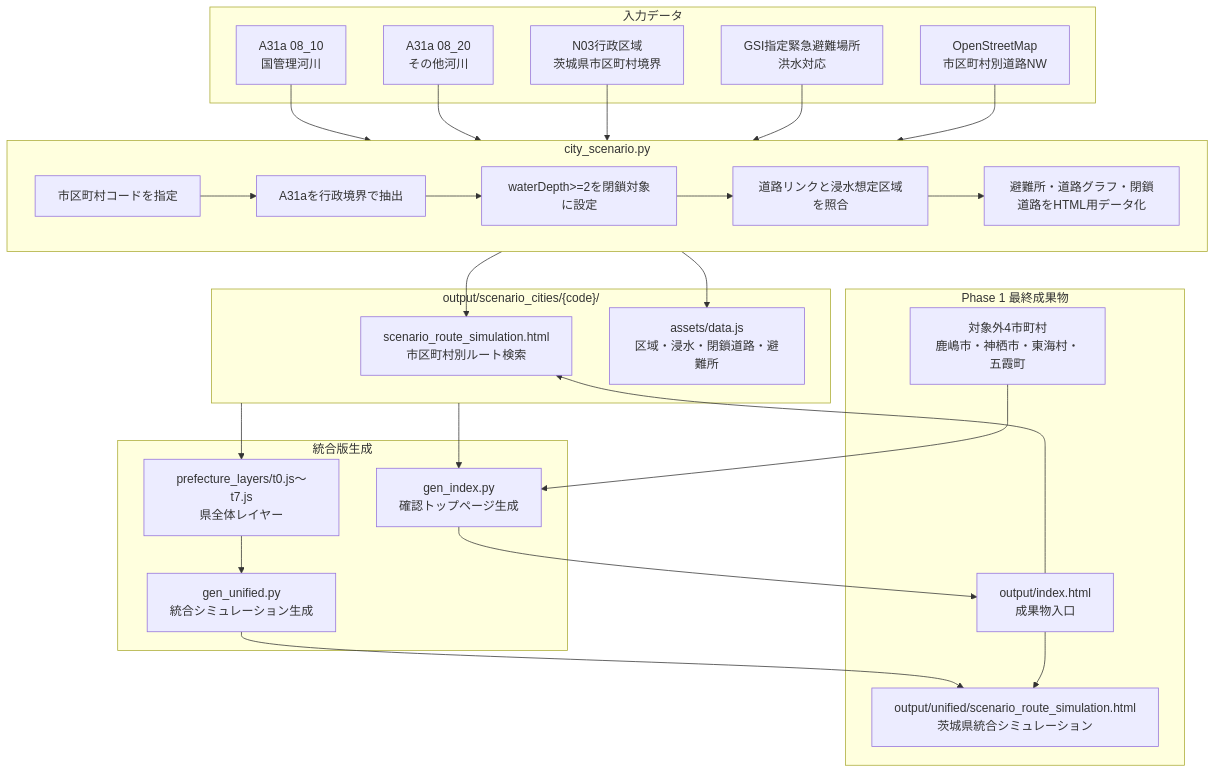
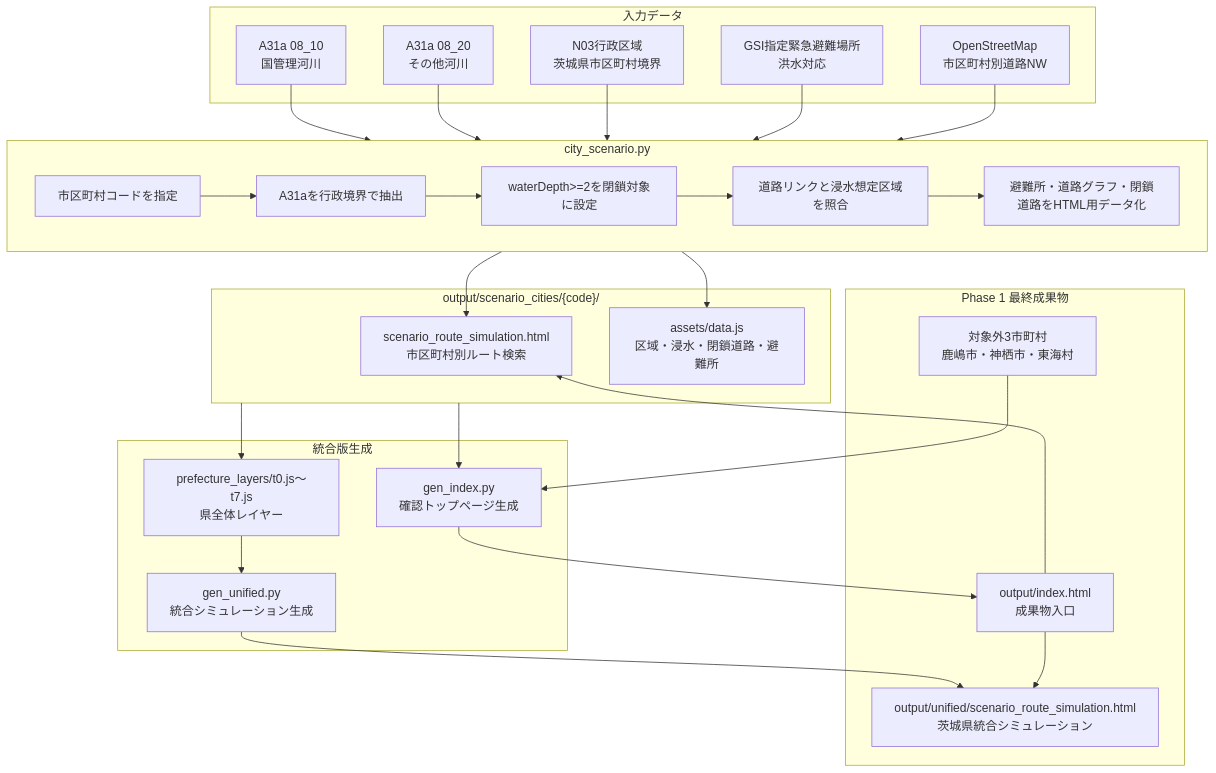
One commit to 23f302020/joso-evacuation-simulation changed the fifth of 5 diagrams in 03_研究設計文書/データフロー図.md. Above: the diagram before and after it, drawn with Mermaid. The commit also changed other lines of this file and 22 other files, not shown here.

````diff
--- a/03_研究設計文書/データフロー図.md
+++ b/03_研究設計文書/データフロー図.md
@@ -330,47 +330,47 @@
 ```mermaid
 flowchart TD
     subgraph INPUT_CITY["入力データ"]
         A31_10["A31a 08_10\n国管理河川"]
         A31_20["A31a 08_20\nその他河川"]
         N03_CITY["N03行政区域\n茨城県市区町村境界"]
         GSI_SHELTER["GSI指定緊急避難場所\n洪水対応"]
         OSM_CITY["OpenStreetMap\n市区町村別道路NW"]
     end
 
     subgraph CITY_SCRIPT["city_scenario.py"]
         C1["市区町村コードを指定"]
         C2["A31aを行政境界で抽出"]
         C3["waterDepth>=2を閉鎖対象に設定"]
         C4["道路リンクと浸水想定区域を照合"]
         C5["避難所・道路グラフ・閉鎖道路をHTML用データ化"]
     end
 
     subgraph CITY_OUTPUT["output/scenario_cities/{code}/"]
         CITY_HTML["scenario_route_simulation.html\n市区町村別ルート検索"]
         CITY_DATA["assets/data.js\n区域・浸水・閉鎖道路・避難所"]
     end
 
     subgraph UNIFIED_SCRIPT["統合版生成"]
         U1["prefecture_layers/t0.js〜t7.js\n県全体レイヤー"]
         U2["gen_unified.py\n統合シミュレーション生成"]
         U3["gen_index.py\n確認トップページ生成"]
     end
 
     subgraph FINAL_OUTPUT["Phase 1 最終成果物"]
         INDEX["output/index.html\n成果物入口"]
         UNIFIED["output/unified/scenario_route_simulation.html\n茨城県統合シミュレーション"]
-        EXCLUDED["対象外4市町村\n鹿嶋市・神栖市・東海村・五霞町"]
+        EXCLUDED["対象外3市町村\n鹿嶋市・神栖市・東海村"]
     end
 
     A31_10 & A31_20 & N03_CITY & GSI_SHELTER & OSM_CITY --> CITY_SCRIPT
     C1 --> C2 --> C3 --> C4 --> C5
     CITY_SCRIPT --> CITY_HTML
     CITY_SCRIPT --> CITY_DATA
     CITY_OUTPUT --> U1
     U1 --> U2 --> UNIFIED
     CITY_OUTPUT --> U3
     EXCLUDED --> U3
     U3 --> INDEX
     INDEX --> UNIFIED
     INDEX --> CITY_HTML
 ```
````
